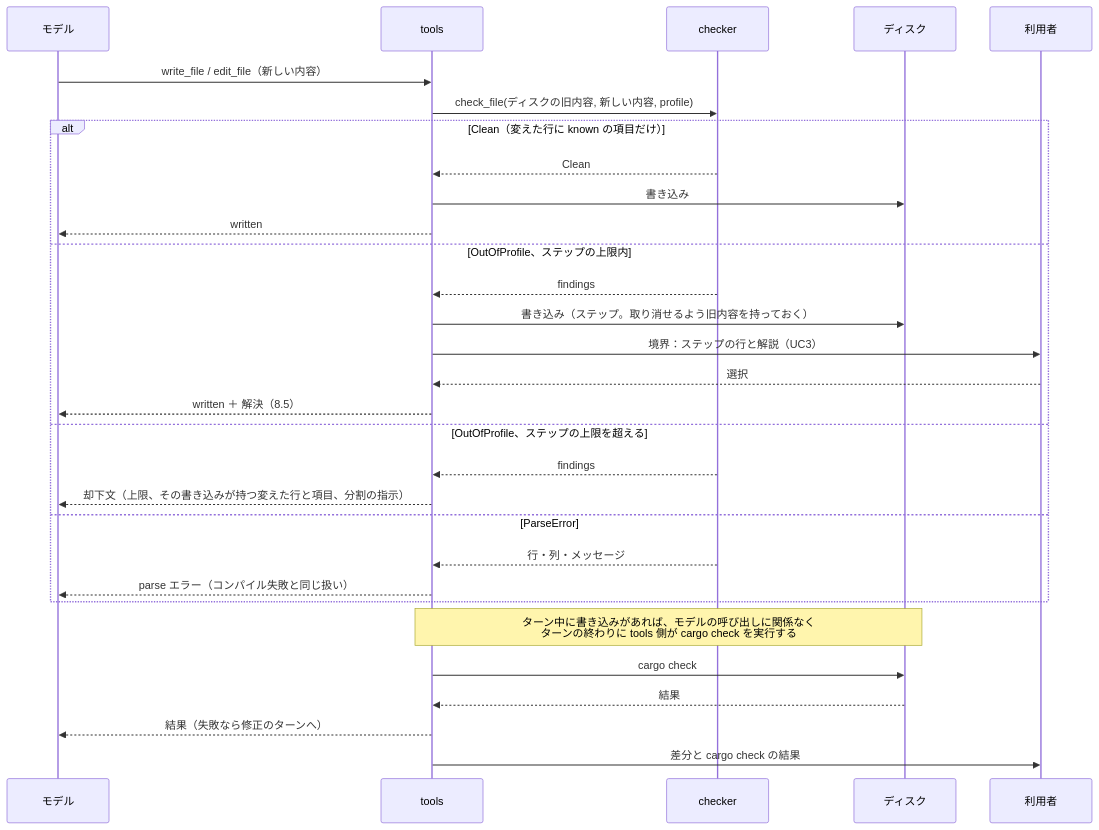
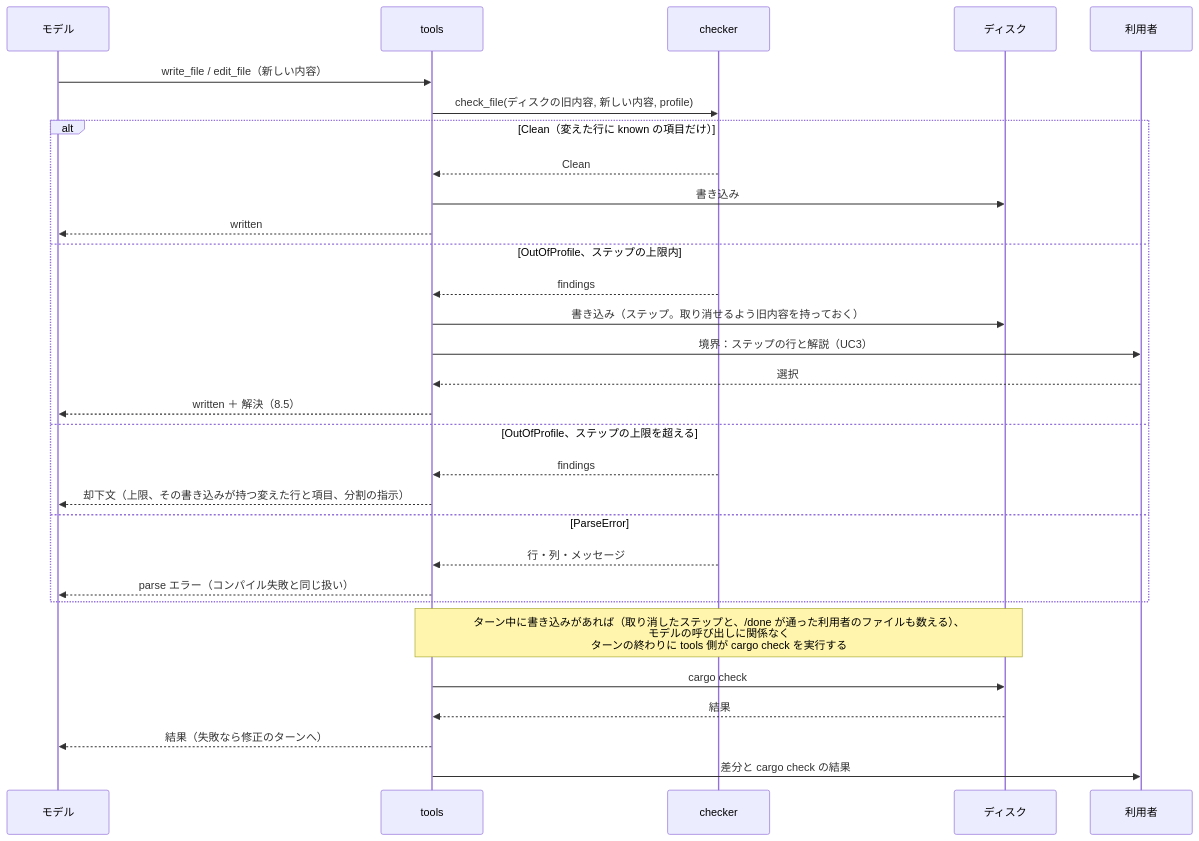
One commit to sumiredc/molt changed the eighth of 9 diagrams in PRD.ja.md. Above: the diagram before and after it, drawn with Mermaid. The commit also changed 1 other file, not shown here.

Commit message:
ターン末の cargo check に、取り消したステップと /done の通ったファイルも数える

````diff
--- a/PRD.ja.md
+++ b/PRD.ja.md
@@ -360,32 +360,32 @@
 ```mermaid
 sequenceDiagram
   participant L as モデル
   participant T as tools
   participant C as checker
   participant D as ディスク
   participant U as 利用者
   L->>T: write_file / edit_file（新しい内容）
   T->>C: check_file(ディスクの旧内容, 新しい内容, profile)
   alt Clean（変えた行に known の項目だけ）
     C-->>T: Clean
     T->>D: 書き込み
     T-->>L: written
   else OutOfProfile、ステップの上限内
     C-->>T: findings
     T->>D: 書き込み（ステップ。取り消せるよう旧内容を持っておく）
     T->>U: 境界：ステップの行と解説（UC3）
     U-->>T: 選択
     T-->>L: written ＋ 解決（8.5）
   else OutOfProfile、ステップの上限を超える
     C-->>T: findings
     T-->>L: 却下文（上限、その書き込みが持つ変えた行と項目、分割の指示）
   else ParseError
     C-->>T: 行・列・メッセージ
     T-->>L: parse エラー（コンパイル失敗と同じ扱い）
   end
-  Note over T,D: ターン中に書き込みがあれば、モデルの呼び出しに関係なく<br/>ターンの終わりに tools 側が cargo check を実行する
+  Note over T,D: ターン中に書き込みがあれば（取り消したステップと、/done が通った利用者のファイルも数える）、<br/>モデルの呼び出しに関係なく<br/>ターンの終わりに tools 側が cargo check を実行する
   T->>D: cargo check
   D-->>T: 結果
   T-->>L: 結果（失敗なら修正のターンへ）
   T->>U: 差分と cargo check の結果
 ```
````
